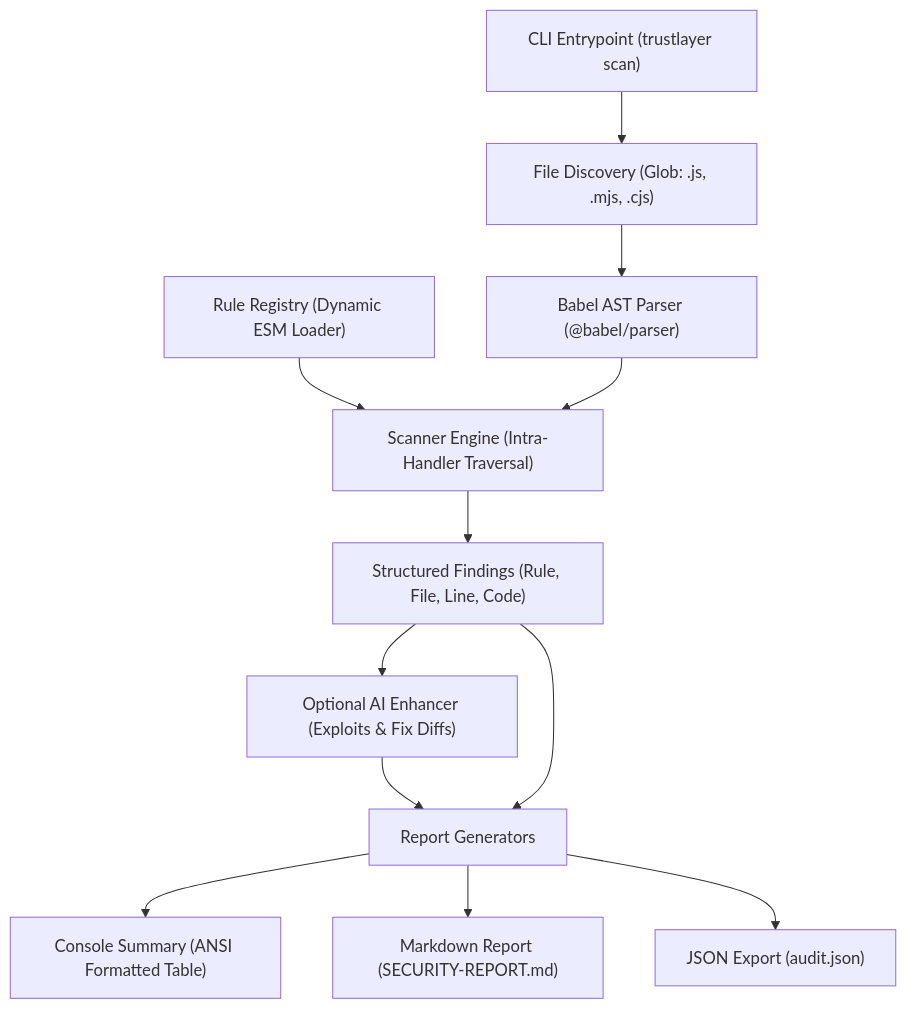
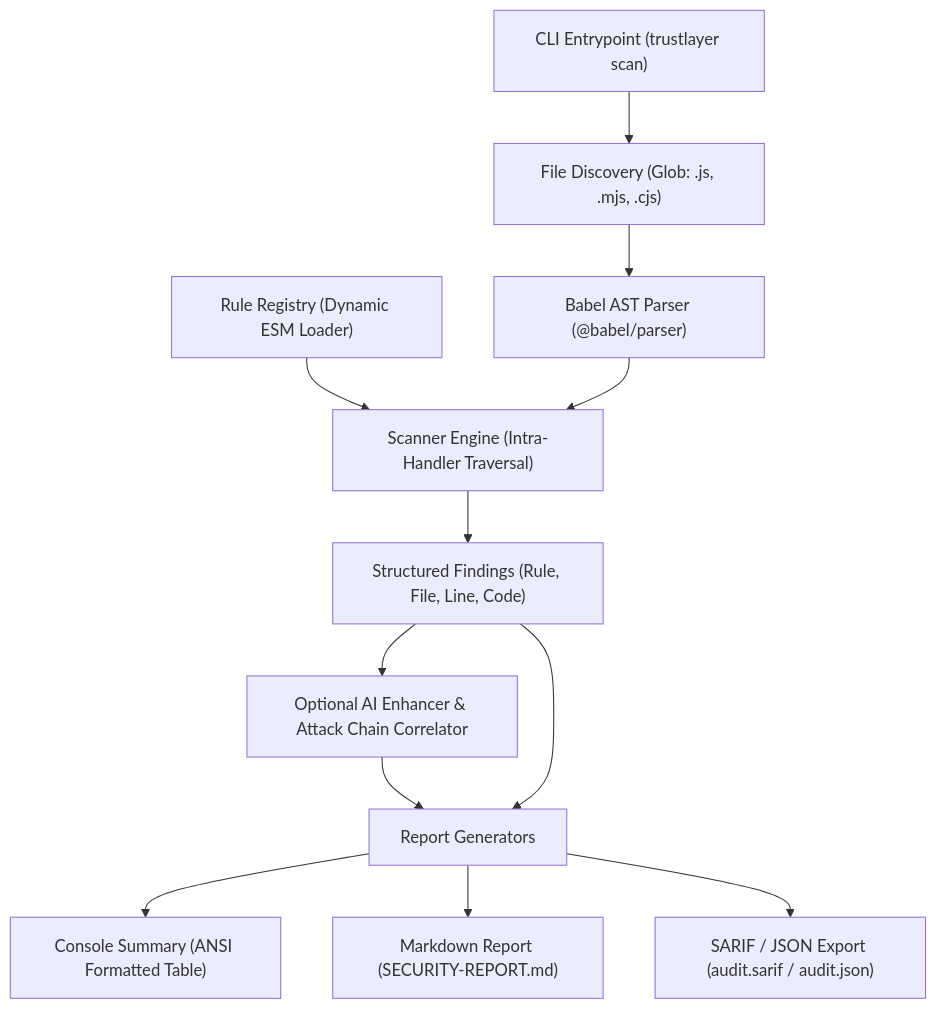
The diagram in README.md (AyushSrivastav27/TrustLayer), drawn with Mermaid before and after one commit. The commit also changed other lines of this file and 2 other files, not shown here.

Commit message:
docs: add full team audit report, update README, and remove obsolete member 5 handoff guide

````diff
--- a/README.md
+++ b/README.md
@@ -45,14 +47,14 @@
 ```mermaid
 graph TD
     A["CLI Entrypoint (trustlayer scan)"] --> B["File Discovery (Glob: .js, .mjs, .cjs)"]
     B --> C["Babel AST Parser (@babel/parser)"]
     D["Rule Registry (Dynamic ESM Loader)"] --> E["Scanner Engine (Intra-Handler Traversal)"]
     C --> E
     E --> F["Structured Findings (Rule, File, Line, Code)"]
-    F --> G["Optional AI Enhancer (Exploits & Fix Diffs)"]
+    F --> G["Optional AI Enhancer & Attack Chain Correlator"]
     G --> H["Report Generators"]
     F --> H
     H --> I["Console Summary (ANSI Formatted Table)"]
     H --> J["Markdown Report (SECURITY-REPORT.md)"]
-    H --> K["JSON Export (audit.json)"]
+    H --> K["SARIF / JSON Export (audit.sarif / audit.json)"]
 ```
````
